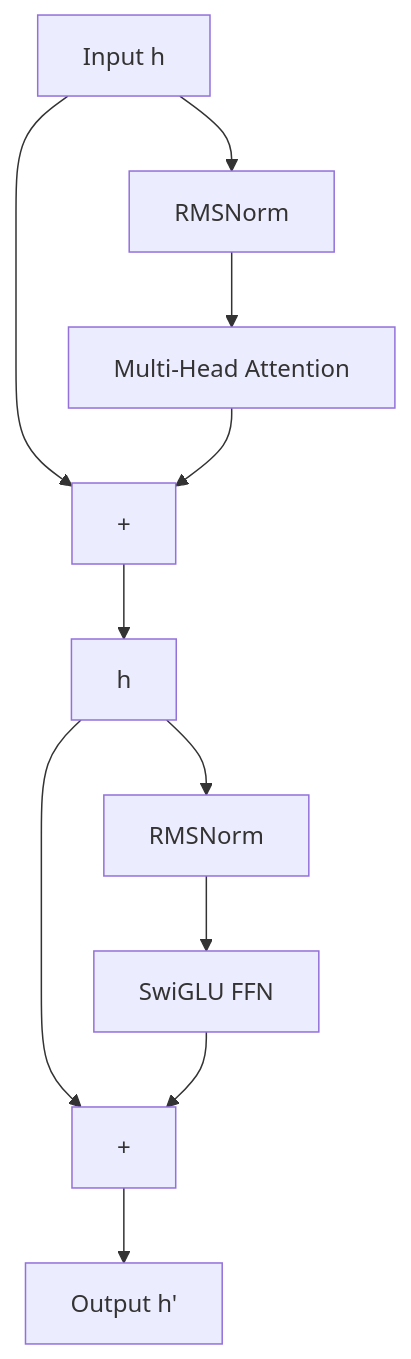
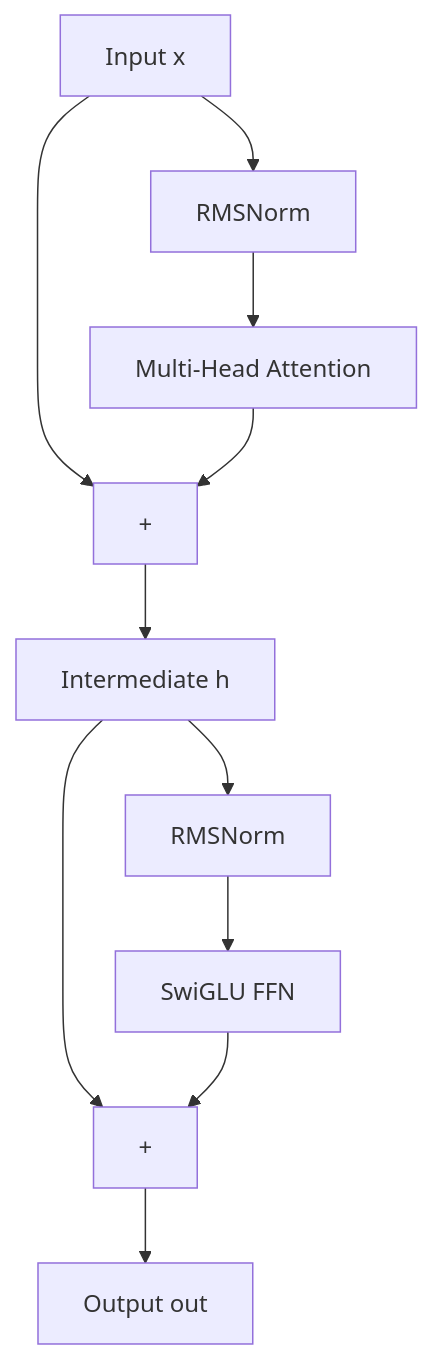
The second of 2 diagrams in docs/architecture.md (elvin-mark/llm-from-scratch), drawn with Mermaid before and after one commit.

Commit message:
Clarify variable names in Transformer Block flowchart

````diff
--- a/docs/architecture.md
+++ b/docs/architecture.md
@@ -58,14 +58,14 @@
 ```mermaid
 flowchart TD
-    In[Input h] --> Add1[+]
-    Add1 --> Out1[h]
+    In[Input x] --> Add1[+]
+    Add1 --> Out1[Intermediate h]
     In --> Norm1[RMSNorm]
     Norm1 --> Attn[Multi-Head Attention]
     Attn --> Add1
     
     Out1 --> Add2[+]
-    Add2 --> Final[Output h']
+    Add2 --> Final[Output out]
     Out1 --> Norm2[RMSNorm]
     Norm2 --> FFN[SwiGLU FFN]
     FFN --> Add2
 ```
````
